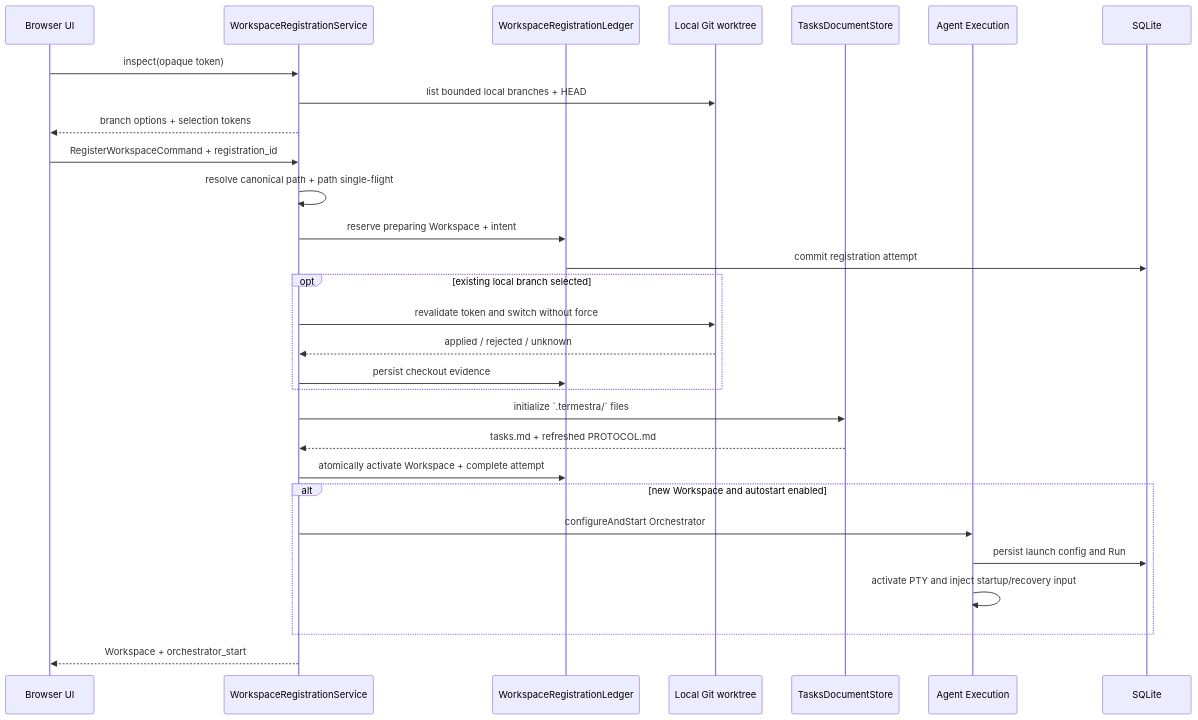
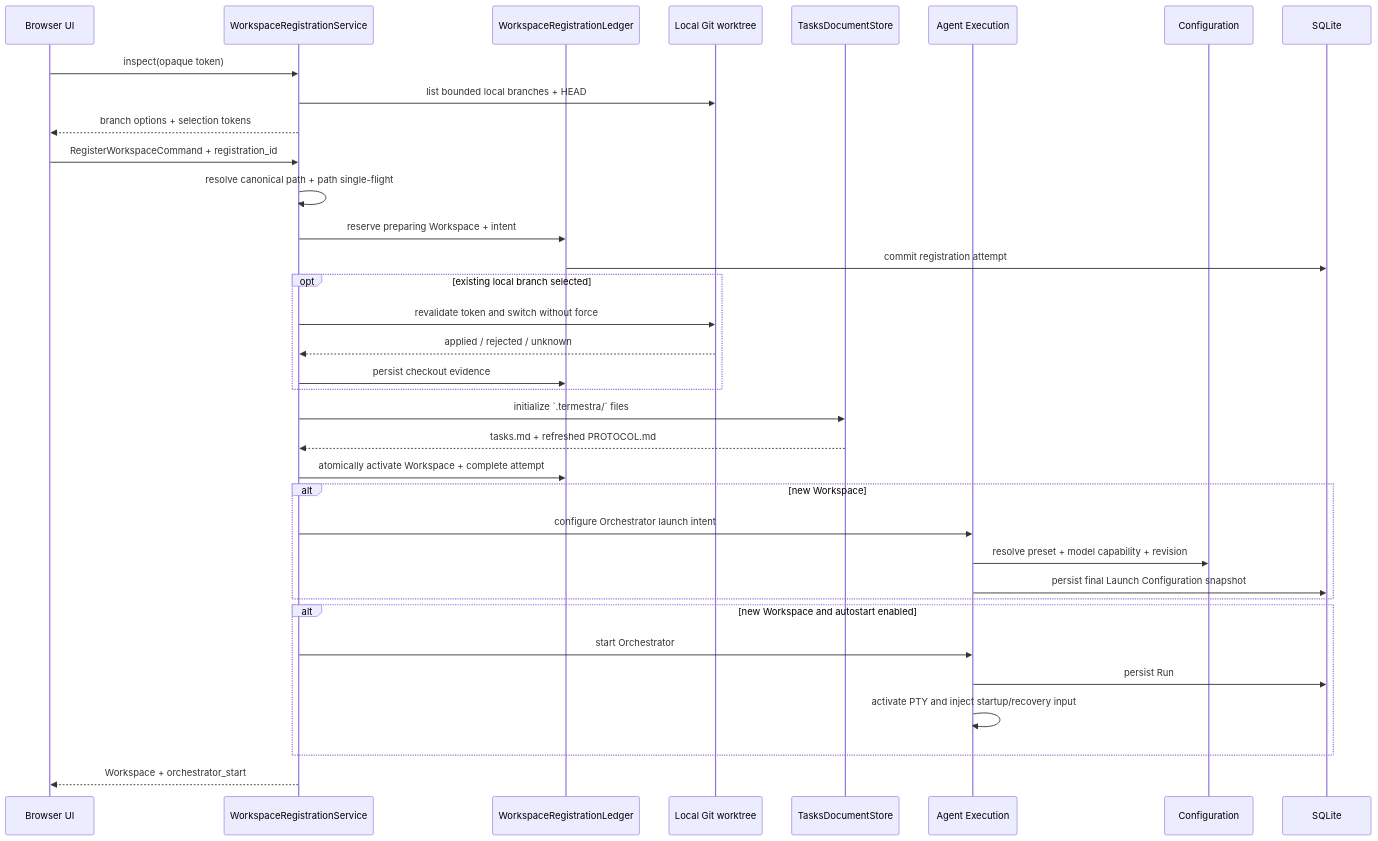
One commit to sunsunsun-java/termestra changed the first of 4 diagrams in docs/architecture/runtime-flows.md. Above: the diagram before and after it, drawn with Mermaid. The commit also changed other lines of this file and 81 other files, not shown here.

Commit message:
feat: add agent launch model selection

````diff
--- a/docs/architecture/runtime-flows.md
+++ b/docs/architecture/runtime-flows.md
@@ -8,32 +8,38 @@
 ```mermaid
 sequenceDiagram
     participant UI as Browser UI
     participant W as WorkspaceRegistrationService
     participant WR as WorkspaceRegistrationLedger
     participant Git as Local Git worktree
     participant T as TasksDocumentStore
     participant E as Agent Execution
+    participant C as Configuration
     participant DB as SQLite
 
     UI->>W: inspect(opaque token)
     W->>Git: list bounded local branches + HEAD
     W-->>UI: branch options + selection tokens
     UI->>W: RegisterWorkspaceCommand + registration_id
     W->>W: resolve canonical path + path single-flight
     W->>WR: reserve preparing Workspace + intent
     WR->>DB: commit registration attempt
     opt existing local branch selected
         W->>Git: revalidate token and switch without force
         Git-->>W: applied / rejected / unknown
         W->>WR: persist checkout evidence
     end
     W->>T: initialize `.termestra/` files
     T-->>W: tasks.md + refreshed PROTOCOL.md
     W->>WR: atomically activate Workspace + complete attempt
+    alt new Workspace
+        W->>E: configure Orchestrator launch intent
+        E->>C: resolve preset + model capability + revision
+        E->>DB: persist final Launch Configuration snapshot
+    end
     alt new Workspace and autostart enabled
-        W->>E: configureAndStart Orchestrator
-        E->>DB: persist launch config and Run
+        W->>E: start Orchestrator
+        E->>DB: persist Run
         E->>E: activate PTY and inject startup/recovery input
     end
     W-->>UI: Workspace + orchestrator_start
 ```
````
